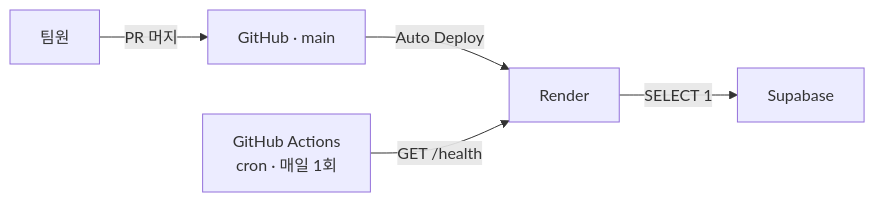
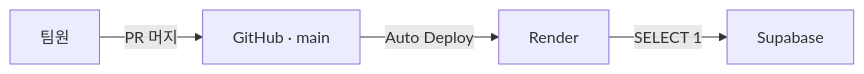
One commit to codyssey-ai/chatbot-api changed the second of 4 diagrams in docs/architecture.md. Above: the diagram before and after it, drawn with Mermaid. The commit also changed other lines of this file and 4 other files, not shown here.

First line of the commit message:
docs: 사용하지 않는 GitHub Actions cron 참조 제거

````diff
--- a/docs/architecture.md
+++ b/docs/architecture.md
@@ -41,7 +41,6 @@
 ```mermaid
 flowchart LR
     Dev["팀원"] -->|"PR 머지"| GH["GitHub · main"]
     GH -->|"Auto Deploy"| R["Render"]
-    CR["GitHub Actions<br/>cron · 매일 1회"] -->|"GET /health"| R
     R -->|"SELECT 1"| S["Supabase"]
 ```
````
